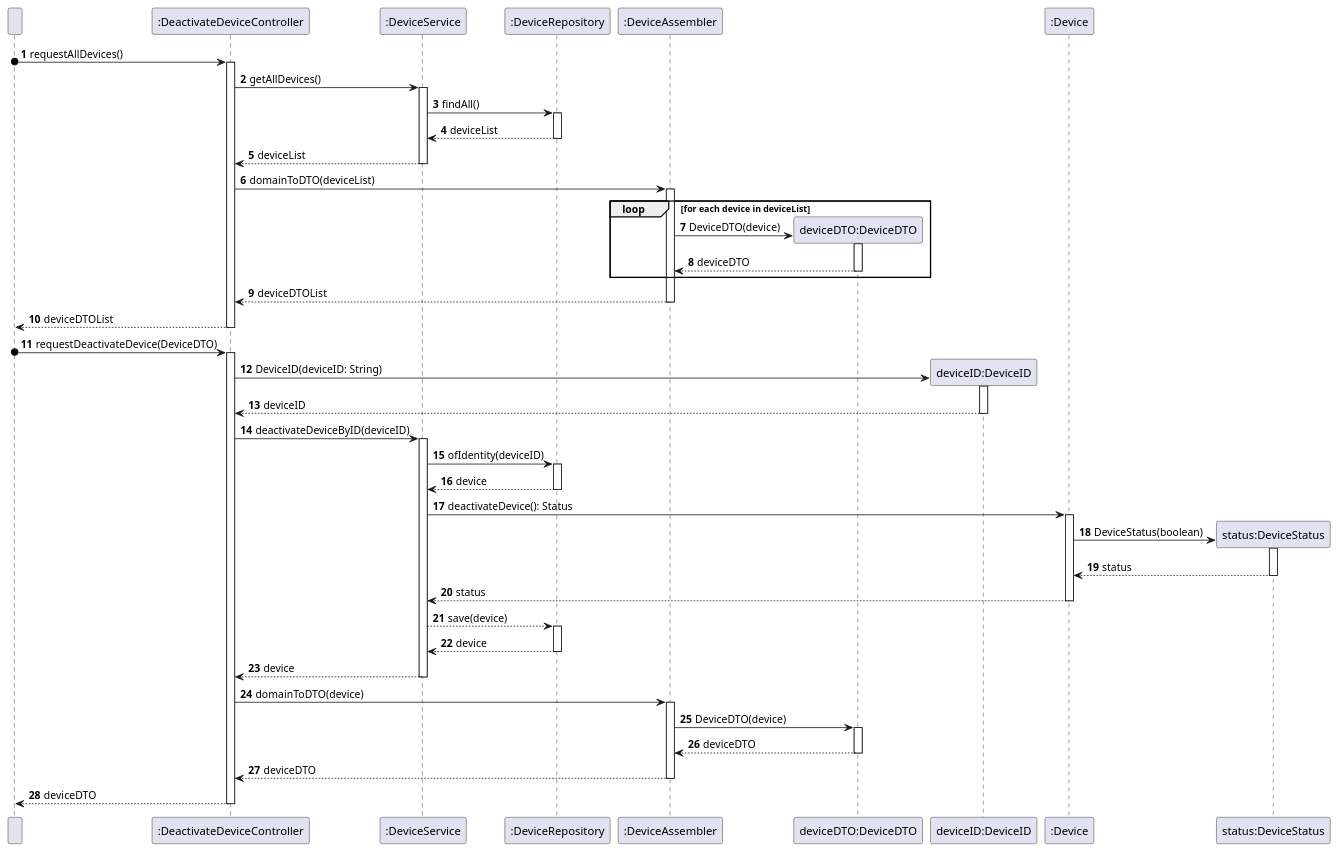
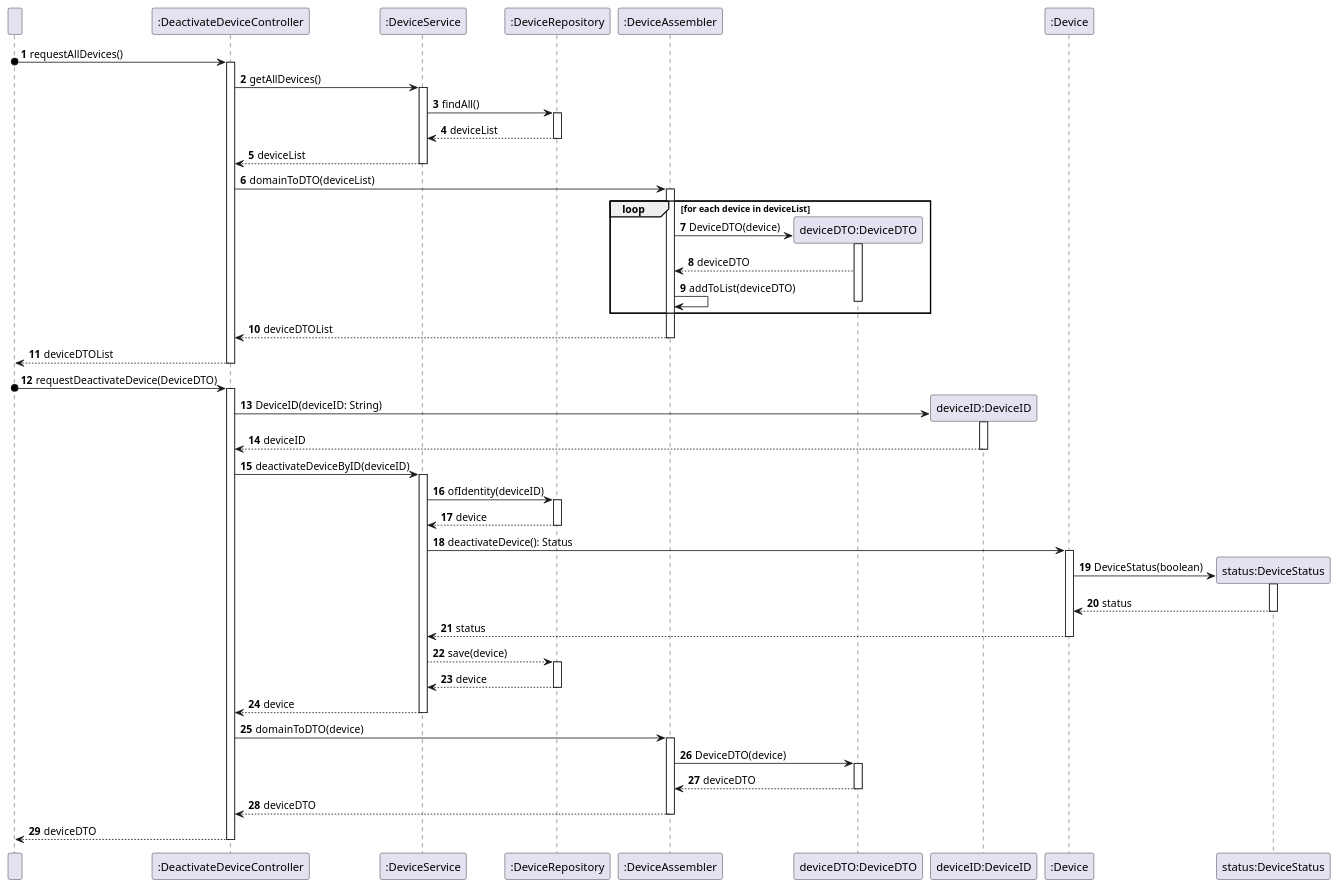
The diagram in docs/userStories/us08/artifacts/US08SD.puml (olivDiogo/SmartHome), drawn with PlantUML before and after one commit.

Commit message:
fix: update SD US08 after meeting
closes #110

```diff
--- a/docs/userStories/us08/artifacts/US08SD.puml
+++ b/docs/userStories/us08/artifacts/US08SD.puml
@@ -1,84 +1,85 @@
 @startuml
 'https://plantuml.com/sequence-diagram
 
 autonumber
 
     participant " " as User
     participant ":DeactivateDeviceController" as Controller
     participant ":DeviceService" as Service
     participant ":DeviceRepository" as Repository
     participant ":DeviceAssembler" as Assembler
     participant "deviceDTO:DeviceDTO" as DTO
     participant "deviceID:DeviceID" as DeviceID
     participant ":Device" as Device
     participant "status:DeviceStatus" as Status
 
 ' Request all devices
 
     User o-> Controller: requestAllDevices()
     activate Controller
     Controller -> Service: getAllDevices()
     activate Service
     Service -> Repository: findAll()
     activate Repository
     Repository --> Service: deviceList
     deactivate Repository
     Service --> Controller: deviceList
     deactivate Service
 
     Controller -> Assembler: domainToDTO(deviceList)
     activate Assembler
     loop for each device in deviceList
         create DTO
         Assembler -> DTO: DeviceDTO(device)
         activate DTO
         DTO --> Assembler: deviceDTO
+        Assembler -> Assembler: addToList(deviceDTO)
         deactivate DTO
     end
     Assembler --> Controller: deviceDTOList
     deactivate Assembler
     Controller --> User: deviceDTOList
     deactivate Controller
 
 ' Deactivate device
 
     User o-> Controller: requestDeactivateDevice(DeviceDTO)
     activate Controller
     create DeviceID
     Controller -> DeviceID: DeviceID(deviceID: String)
     activate DeviceID
     DeviceID --> Controller: deviceID
     deactivate DeviceID
     Controller -> Service: deactivateDeviceByID(deviceID)
     activate Service
     Service -> Repository: ofIdentity(deviceID)
     activate Repository
     Repository --> Service: device
     deactivate Repository
     Service -> Device: deactivateDevice(): Status
     activate Device
     create Status
     Device -> Status: DeviceStatus(boolean)
     activate Status
     Status --> Device: status
     deactivate Status
     Device --> Service: status
     deactivate Device
     Service --> Repository: save(device)
     activate Repository
     Repository --> Service: device
     deactivate Repository
     Service --> Controller: device
     deactivate Service
     Controller-> Assembler: domainToDTO(device)
     activate Assembler
     Assembler -> DTO: DeviceDTO(device)
     activate DTO
     DTO --> Assembler: deviceDTO
     deactivate DTO
     Assembler --> Controller: deviceDTO
     deactivate Assembler
     Controller --> User: deviceDTO
     deactivate Controller
 
 @enduml
```
